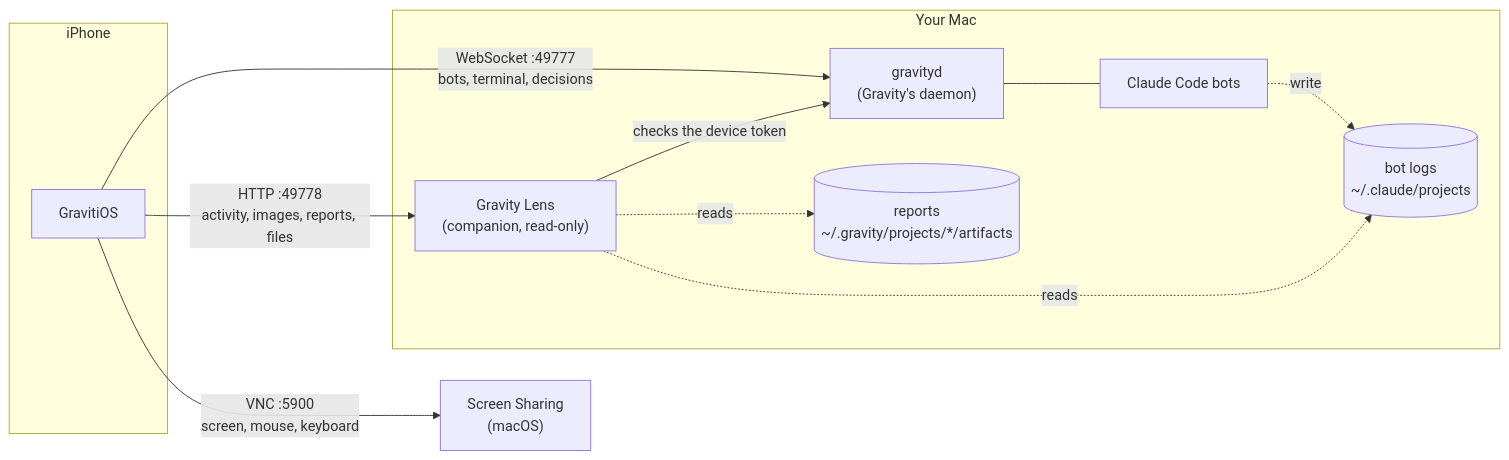
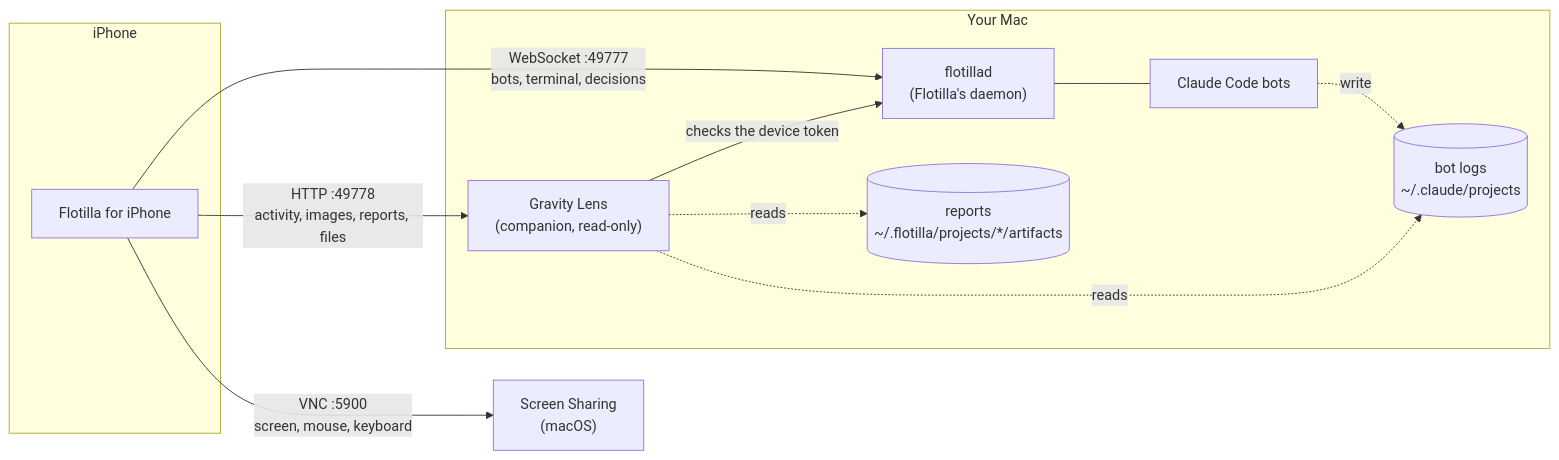
Before and after one commit to mrinaldi2/flotilla-ios: the diagram in README.md, drawn with Mermaid. The commit also changed other lines of this file and 21 other files, not shown here.

````diff
--- a/README.md
+++ b/README.md
@@ -66,22 +73,22 @@
 ```mermaid
 flowchart LR
     subgraph iPhone
-        A[GravitiOS]
+        A[Flotilla for iPhone]
     end
     subgraph Mac["Your Mac"]
-        D["gravityd<br/>(Gravity's daemon)"]
+        D["flotillad<br/>(Flotilla's daemon)"]
         L["Gravity Lens<br/>(companion, read-only)"]
         B["Claude Code bots"]
         T[("bot logs<br/>~/.claude/projects")]
-        R[("reports<br/>~/.gravity/projects/*/artifacts")]
+        R[("reports<br/>~/.flotilla/projects/*/artifacts")]
     end
     A -- "WebSocket :49777<br/>bots, terminal, decisions" --> D
     A -- "HTTP :49778<br/>activity, images, reports, files" --> L
     S["Screen Sharing<br/>(macOS)"]
     A -- "VNC :5900<br/>screen, mouse, keyboard" --> S
     L -- "checks the device token" --> D
     D --- B
     B -. write .-> T
     L -. reads .-> T
     L -. reads .-> R
 ```
````
